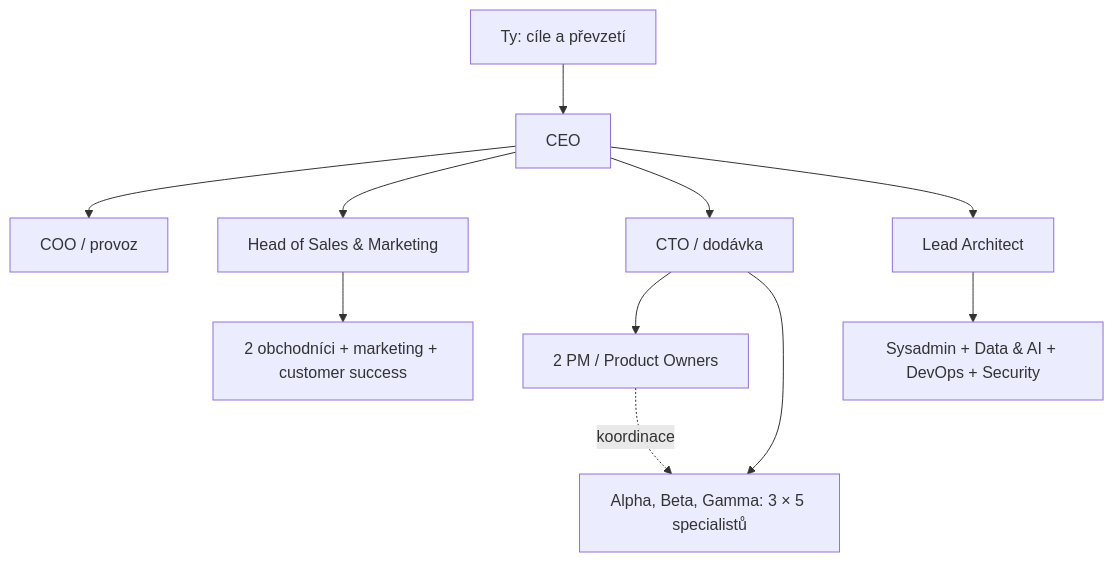
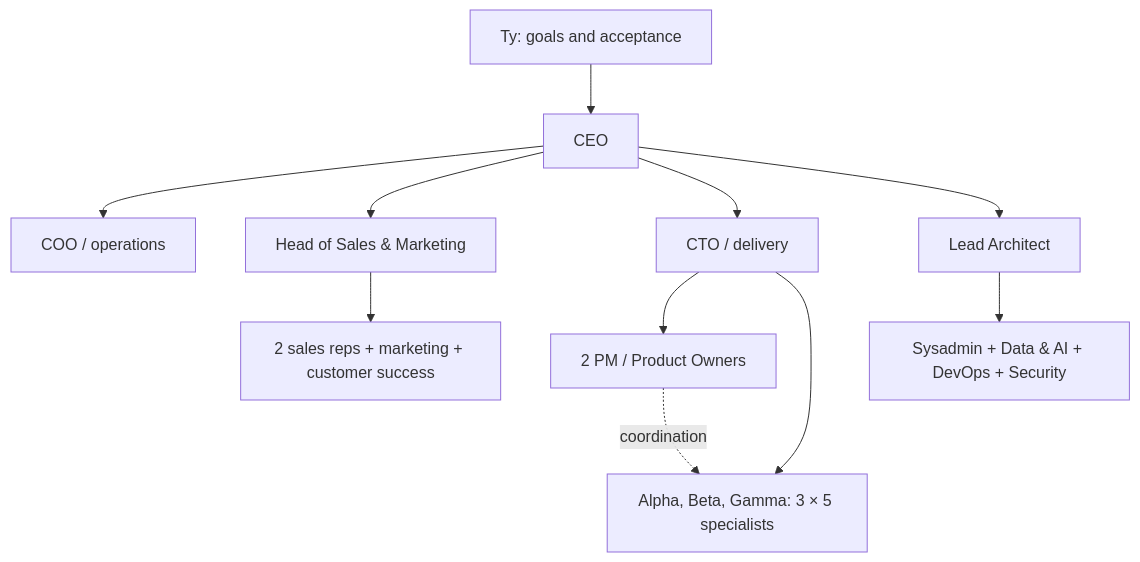
The diagram in studio/templates/README.md (RulezZzOr/miner), drawn with Mermaid before and after one commit. The commit also changed other lines of this file and 55 other files, not shown here.

````diff
--- a/studio/templates/README.md
+++ b/studio/templates/README.md
@@ -27,13 +27,13 @@
 ```mermaid
 flowchart TD
-  Owner[Ty: cíle a převzetí] --> CEO[CEO]
-  CEO --> COO[COO / provoz]
+  Owner[Ty: goals and acceptance] --> CEO[CEO]
+  CEO --> COO[COO / operations]
   CEO --> Growth[Head of Sales & Marketing]
-  CEO --> CTO[CTO / dodávka]
+  CEO --> CTO[CTO / delivery]
   CEO --> Architect[Lead Architect]
-  Growth --> Sales[2 obchodníci + marketing + customer success]
+  Growth --> Sales[2 sales reps + marketing + customer success]
   CTO --> PM[2 PM / Product Owners]
-  CTO --> Squads[Alpha, Beta, Gamma: 3 × 5 specialistů]
-  PM -. koordinace .-> Squads
+  CTO --> Squads[Alpha, Beta, Gamma: 3 × 5 specialists]
+  PM -. coordination .-> Squads
   Architect --> Platform[Sysadmin + Data & AI + DevOps + Security]
 ```
````
